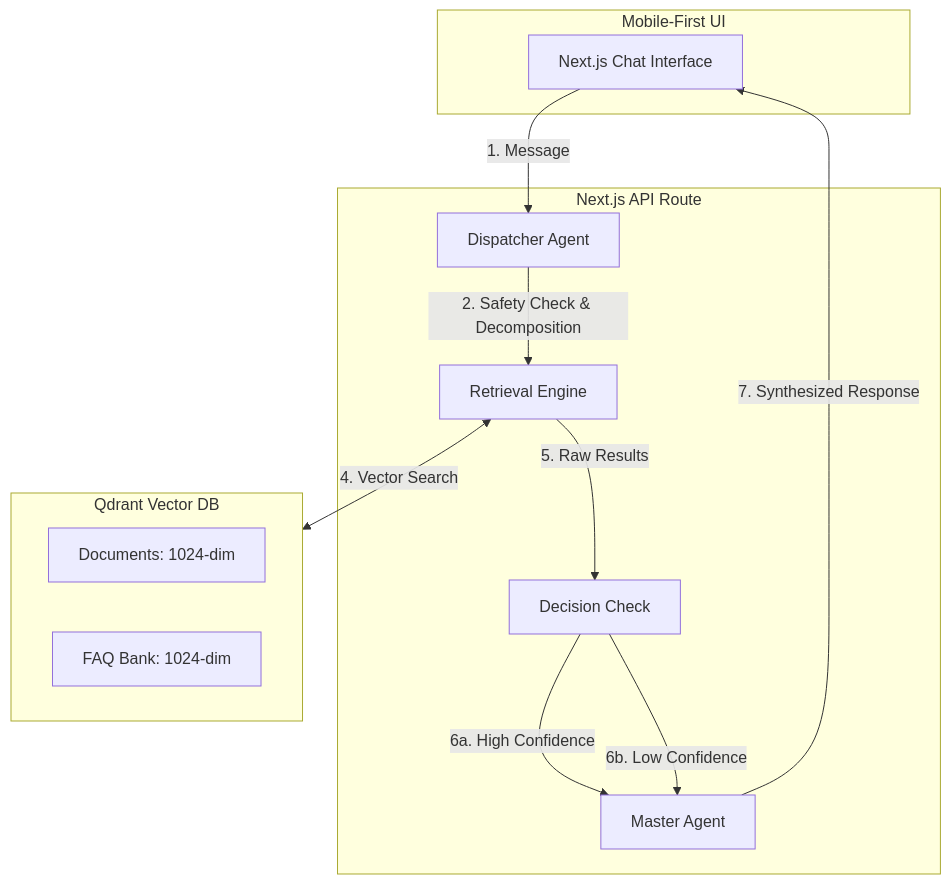
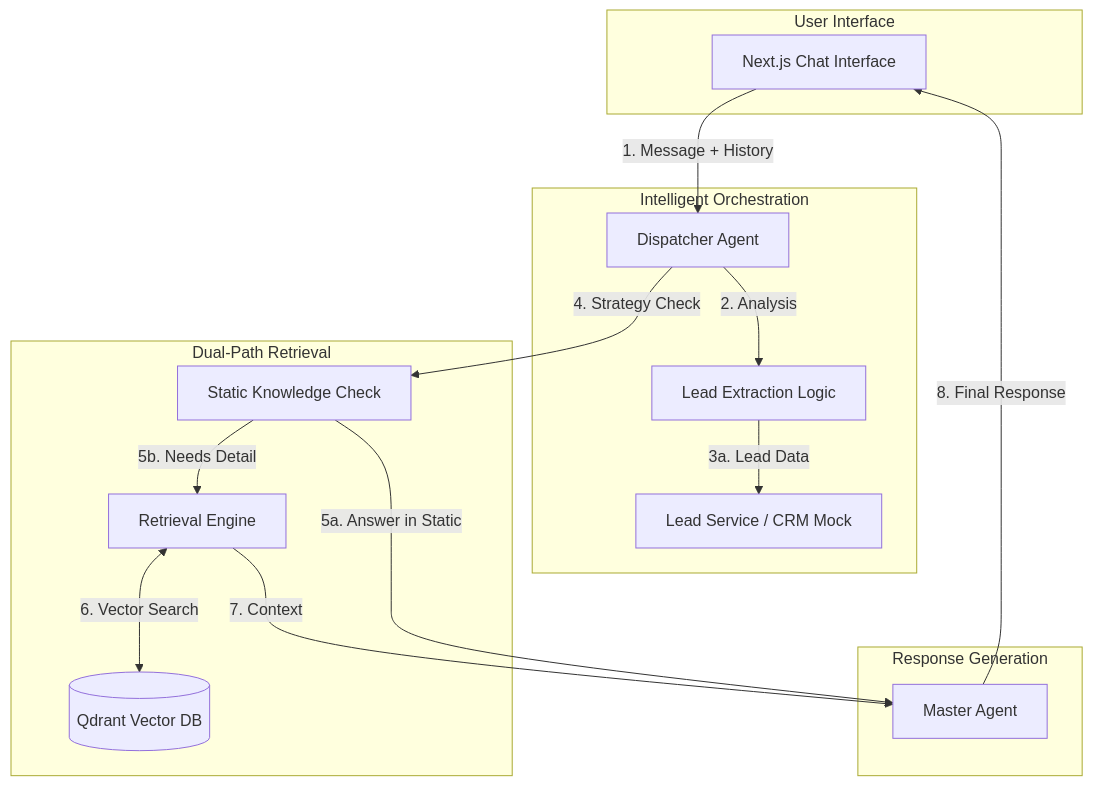
Before and after one commit to DragonL57/vmg_chatbot: the diagram in README.md, drawn with Mermaid. The commit also changed other lines of this file and 3 other files, not shown here.

Commit message:
feat: Enhance lead extraction by adding address field and update interaction prompts for improved user engagement

````diff
--- a/README.md
+++ b/README.md
@@ -9,26 +9,37 @@
 ```mermaid
 graph TD
-    subgraph User_Interface [Mobile-First UI]
+    subgraph UI_Layer [User Interface]
         UI[Next.js Chat Interface]
     end
 
-    subgraph Processing_Layer [Next.js API Route]
+    subgraph Dispatch_Layer [Intelligent Orchestration]
         DA[Dispatcher Agent]
+        LC[Lead Extraction Logic]
+        LS[Lead Service / CRM Mock]
+    end
+
+    subgraph Knowledge_Retrieval [Dual-Path Retrieval]
+        SK[Static Knowledge Check]
         RE[Retrieval Engine]
-        DC[Decision Check]
+        KV[(Qdrant Vector DB)]
+    end
+
+    subgraph Synthesis_Layer [Response Generation]
         MS[Master Agent]
     end
 
-    subgraph Knowledge_Layer [Qdrant Vector DB]
-        DOCS[Documents: 1024-dim]
-        FAQS[FAQ Bank: 1024-dim]
-    end
-
-    UI -->|1. Message| DA
-    DA -->|2. Safety Check & Decomposition| RE
-    RE <-->|4. Vector Search| Knowledge_Layer
-    RE -->|5. Raw Results| DC
-    DC -->|6a. High Confidence| MS
-    DC -->|6b. Low Confidence| MS
-    MS -->|7. Synthesized Response| UI
+    UI -->|1. Message + History| DA
+    
+    DA -->|2. Analysis| LC
+    LC -->|3a. Lead Data| LS
+    
+    DA -->|4. Strategy Check| SK
+    
+    SK -->|5a. Answer in Static| MS
+    SK -->|5b. Needs Detail| RE
+    
+    RE <-->|6. Vector Search| KV
+    RE -->|7. Context| MS
+    
+    MS -->|8. Final Response| UI
 ```
````
